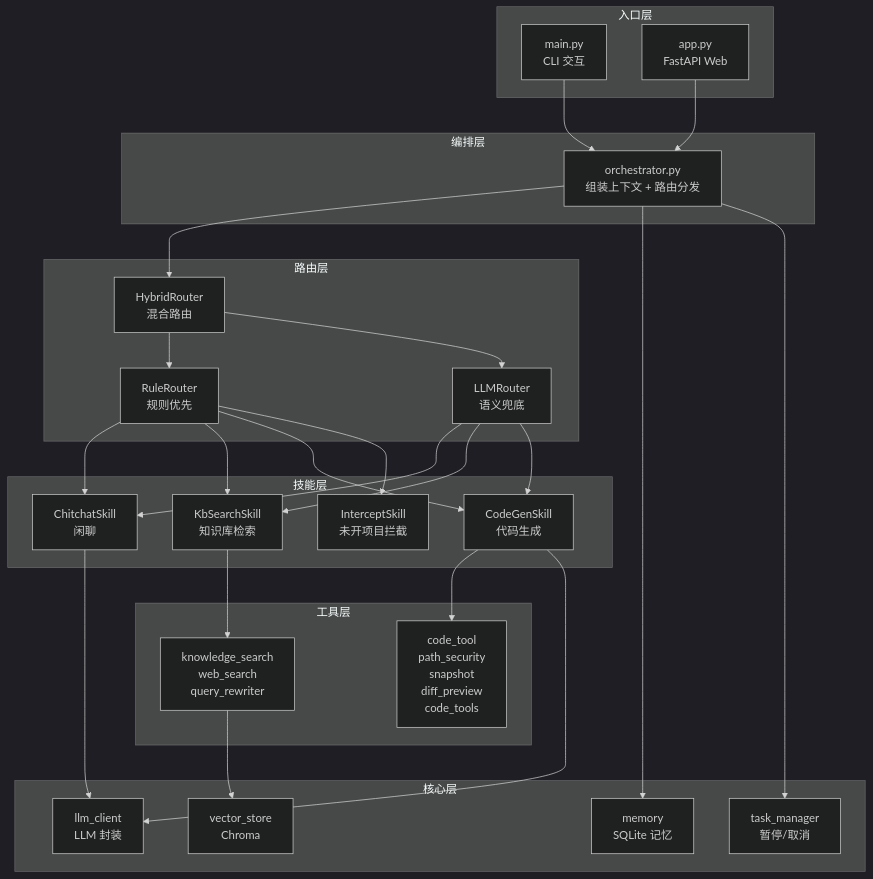
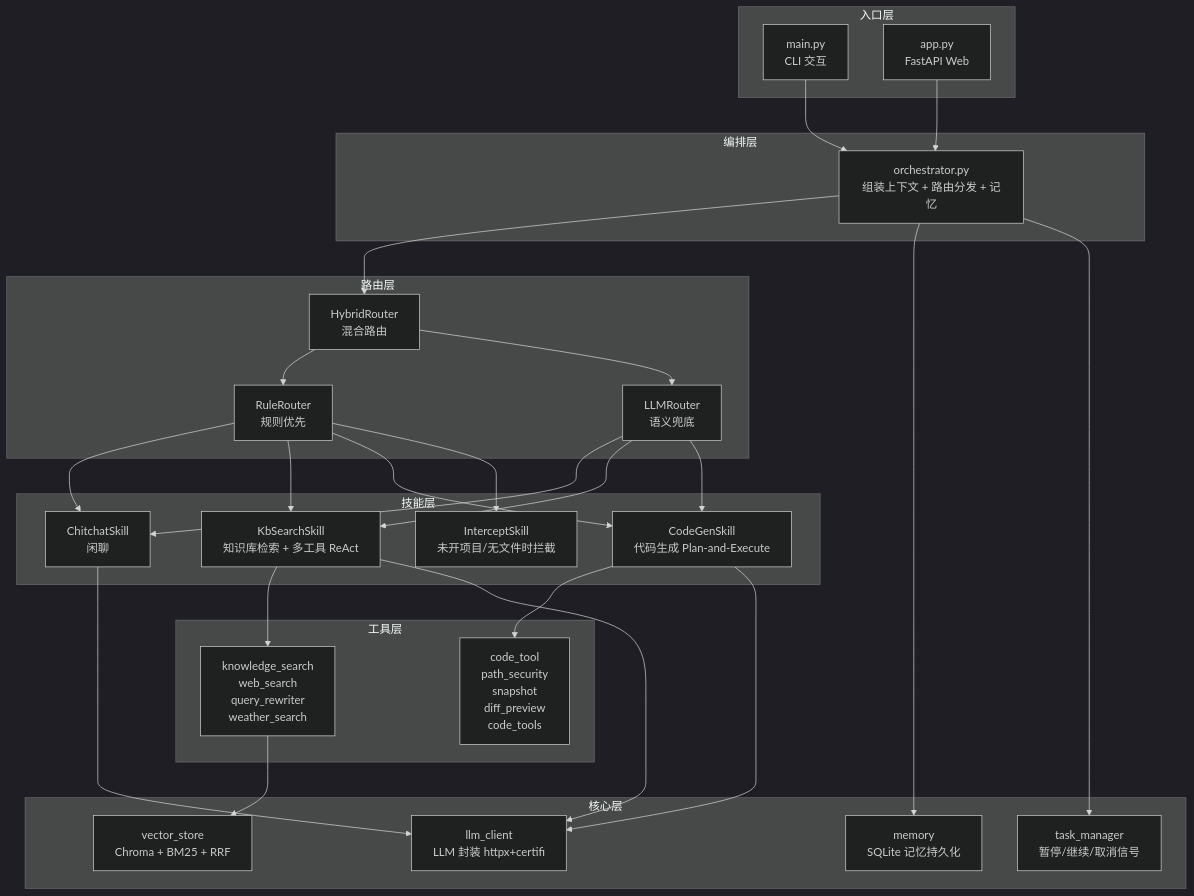
Before and after one commit to mjsdw/CodingAgent: the first of 3 diagrams in README.md, drawn with Mermaid (dark theme). The commit also changed other lines of this file and 8 other files, not shown here.

````diff
--- a/README.md
+++ b/README.md
@@ -19,56 +27,57 @@
 ```mermaid
 flowchart TB
     subgraph 入口层
         CLI[main.py<br/>CLI 交互]
         WEB[app.py<br/>FastAPI Web]
     end
 
     subgraph 编排层
-        ORCH[orchestrator.py<br/>组装上下文 + 路由分发]
+        ORCH[orchestrator.py<br/>组装上下文 + 路由分发 + 记忆]
     end
 
     subgraph 路由层
         HR[HybridRouter<br/>混合路由]
         RR[RuleRouter<br/>规则优先]
         LR[LLMRouter<br/>语义兜底]
         HR --> RR
         HR --> LR
     end
 
     subgraph 技能层
         CHAT[ChitchatSkill<br/>闲聊]
-        KB[KbSearchSkill<br/>知识库检索]
-        CODE[CodeGenSkill<br/>代码生成]
-        INTERCEPT[InterceptSkill<br/>未开项目拦截]
+        KB[KbSearchSkill<br/>知识库检索 + 多工具 ReAct]
+        CODE[CodeGenSkill<br/>代码生成 Plan-and-Execute]
+        INTERCEPT[InterceptSkill<br/>未开项目/无文件时拦截]
     end
 
     subgraph 工具层
-        KT[ knowledge_search<br/>web_search<br/>query_rewriter]
-        CT[ code_tool<br/>path_security<br/>snapshot<br/>diff_preview<br/>code_tools]
+        KT[ knowledge_search<br/>web_search<br/>query_rewriter<br/>weather_search ]
+        CT[ code_tool<br/>path_security<br/>snapshot<br/>diff_preview<br/>code_tools ]
     end
 
     subgraph 核心层
-        LLM[llm_client<br/>LLM 封装]
-        MEM[memory<br/>SQLite 记忆]
-        TM[task_manager<br/>暂停/取消]
-        VS[vector_store<br/>Chroma]
+        LLM[llm_client<br/>LLM 封装 httpx+certifi]
+        MEM[memory<br/>SQLite 记忆持久化]
+        TM[task_manager<br/>暂停/继续/取消信号]
+        VS[vector_store<br/>Chroma + BM25 + RRF]
     end
 
     CLI --> ORCH
     WEB --> ORCH
     ORCH --> HR
     RR --> CHAT
     RR --> KB
     RR --> CODE
     RR --> INTERCEPT
     LR --> CHAT
     LR --> KB
     LR --> CODE
     CHAT --> LLM
     KB --> KT
+    KB --> LLM
     CODE --> CT
     CODE --> LLM
     KT --> VS
     ORCH --> MEM
     ORCH --> TM
 ```
````
